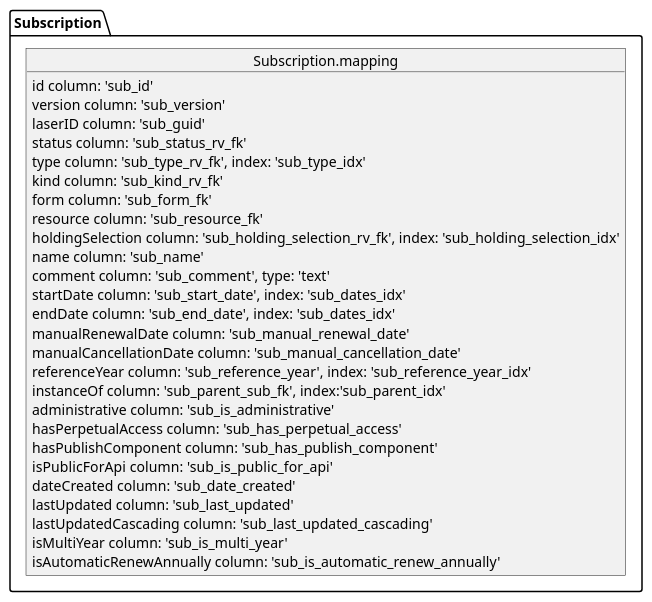
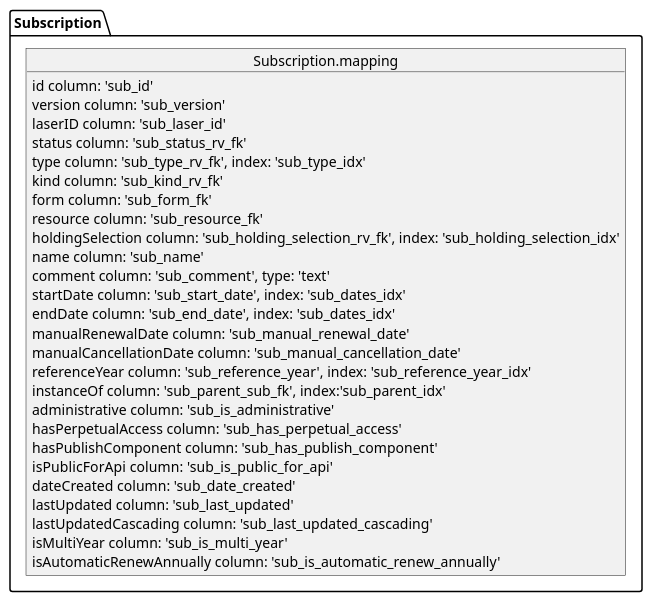
The diagram in documentation/UML/subscription_gorm.puml (hbz/laser3), drawn with PlantUML before and after one commit. The commit also changed 3 other files, not shown here.

Commit message:
guid -> laser_id

```diff
--- a/documentation/UML/subscription_gorm.puml
+++ b/documentation/UML/subscription_gorm.puml
@@ -1,32 +1,32 @@
 @startuml
 
 object Subscription.mapping {
     id column: 'sub_id'
     version column: 'sub_version'
-    laserID column: 'sub_guid'
+    laserID column: 'sub_laser_id'
     status column: 'sub_status_rv_fk'
     type column: 'sub_type_rv_fk', index: 'sub_type_idx'
     kind column: 'sub_kind_rv_fk'
     form column: 'sub_form_fk'
     resource column: 'sub_resource_fk'
     holdingSelection column: 'sub_holding_selection_rv_fk', index: 'sub_holding_selection_idx'
     name column: 'sub_name'
     comment column: 'sub_comment', type: 'text'
     startDate column: 'sub_start_date', index: 'sub_dates_idx'
     endDate column: 'sub_end_date', index: 'sub_dates_idx'
     manualRenewalDate column: 'sub_manual_renewal_date'
     manualCancellationDate column: 'sub_manual_cancellation_date'
     referenceYear column: 'sub_reference_year', index: 'sub_reference_year_idx'
     instanceOf column: 'sub_parent_sub_fk', index:'sub_parent_idx'
     administrative column: 'sub_is_administrative'
     hasPerpetualAccess column: 'sub_has_perpetual_access'
     hasPublishComponent column: 'sub_has_publish_component'
     isPublicForApi  column: 'sub_is_public_for_api'
     dateCreated column: 'sub_date_created'
     lastUpdated column: 'sub_last_updated'
     lastUpdatedCascading column: 'sub_last_updated_cascading'
     isMultiYear column: 'sub_is_multi_year'
     isAutomaticRenewAnnually column: 'sub_is_automatic_renew_annually'
 }
 
 @enduml
```
